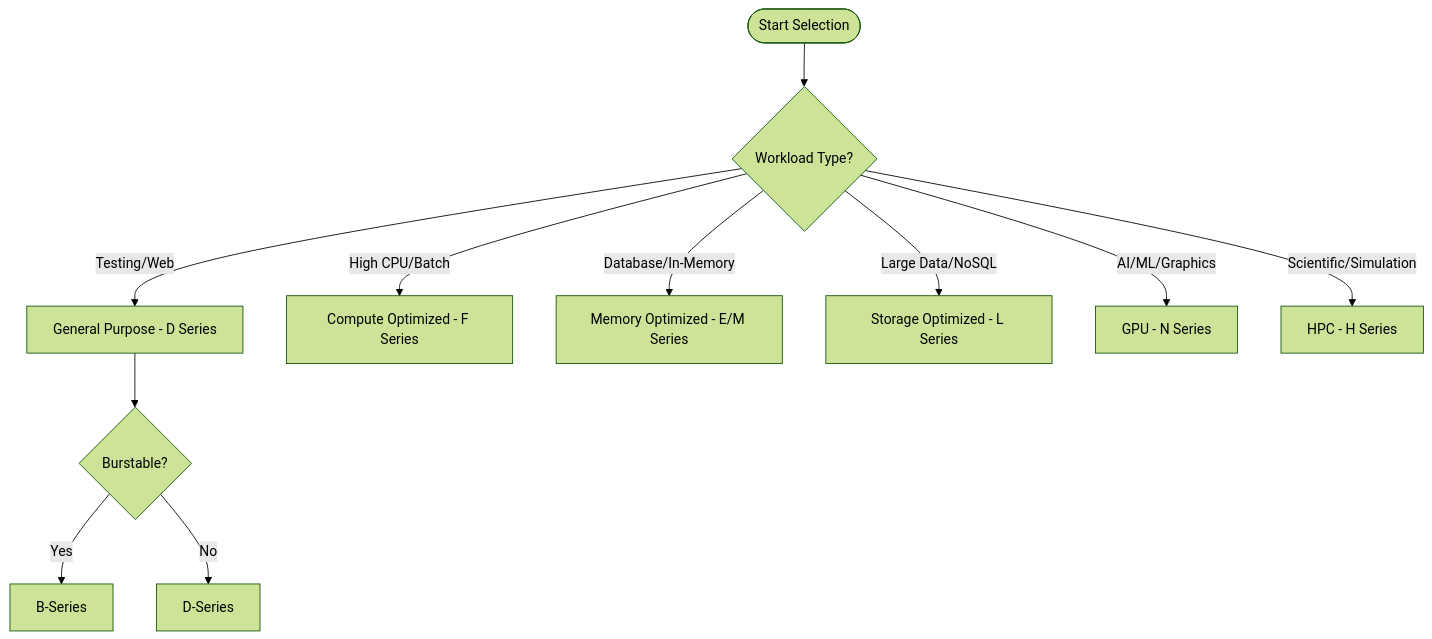
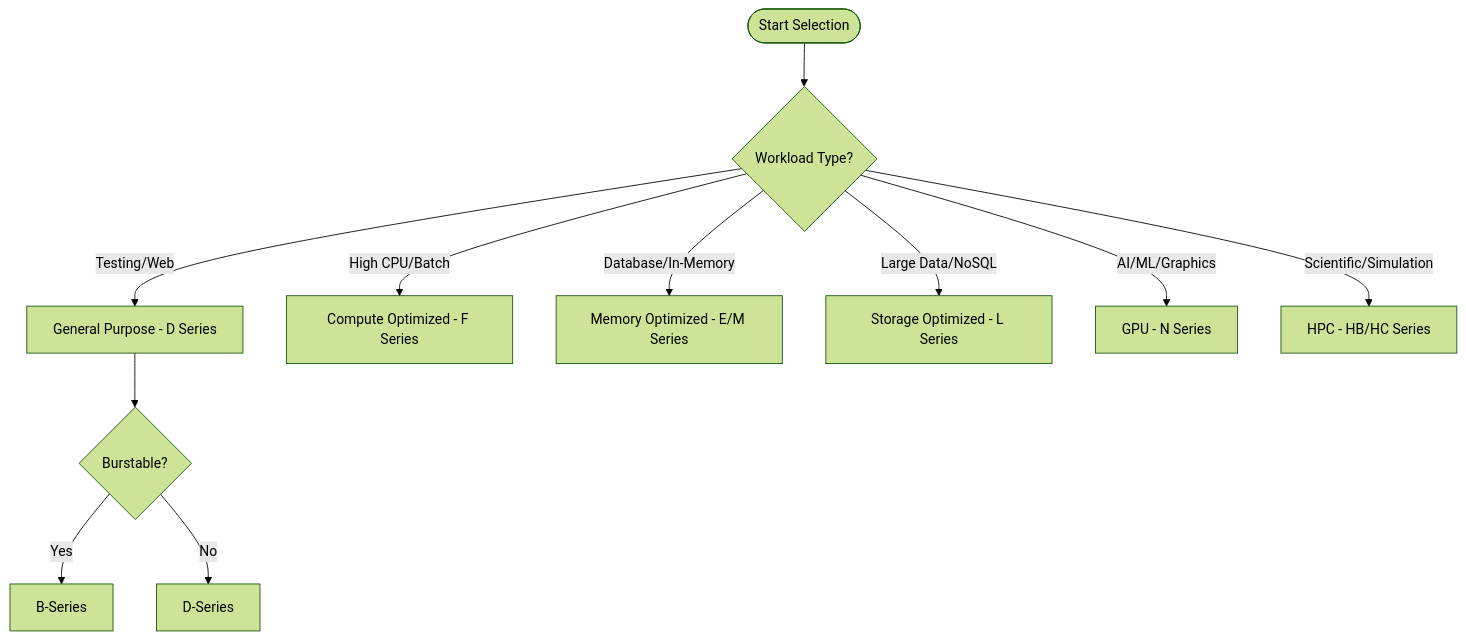
Before and after one commit to yeongseon/azure-virtual-machine-practical-guide: the diagram in docs/reference/vm-size-families.md, drawn with Mermaid (forest theme). The commit also changed other lines of this file and 11 other files, not shown here.

````diff
--- a/docs/reference/vm-size-families.md
+++ b/docs/reference/vm-size-families.md
@@ -14,13 +14,13 @@
 ```mermaid
 graph TD
     Start([Start Selection]) --> Workload{Workload Type?}
     Workload -->|Testing/Web| GP[General Purpose - D Series]
     Workload -->|High CPU/Batch| CO[Compute Optimized - F Series]
     Workload -->|Database/In-Memory| MO[Memory Optimized - E/M Series]
     Workload -->|Large Data/NoSQL| SO[Storage Optimized - L Series]
     Workload -->|AI/ML/Graphics| GPU[GPU - N Series]
-    Workload -->|Scientific/Simulation| HPC[HPC - H Series]
+    Workload -->|Scientific/Simulation| HPC[HPC - HB/HC Series]
     GP --> Burst{Burstable?}
     Burst -->|Yes| B[B-Series]
     Burst -->|No| D[D-Series]
 ```
````
